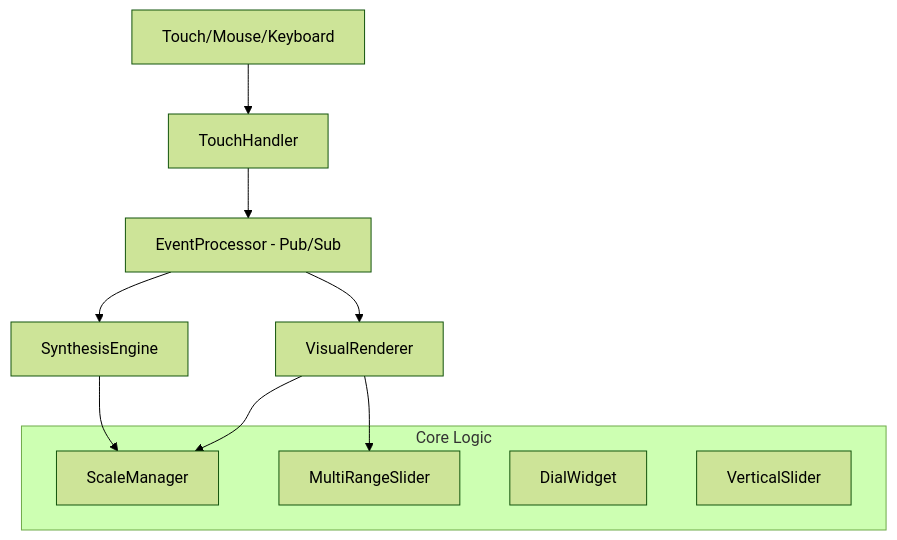
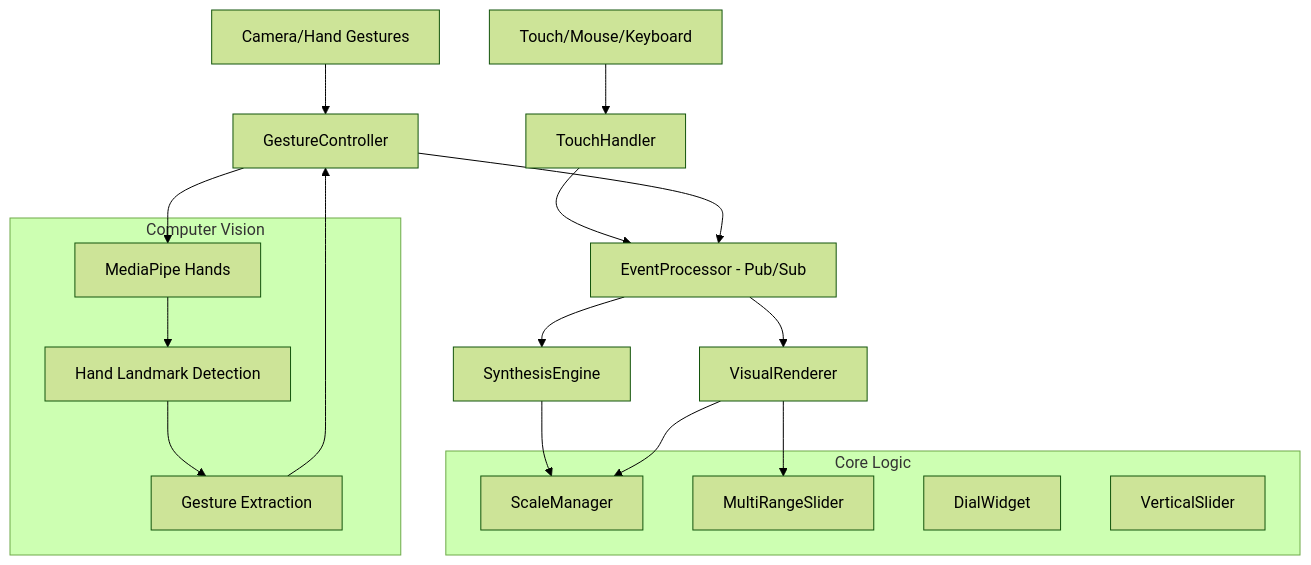
Before and after one commit to alaaosh/pentatonic: the diagram in docs/design.md, drawn with Mermaid (forest theme). The commit also changed other lines of this file and 8 other files, not shown here.

Commit message:
feat: add camera-based hand gesture control (proof of concept)

````diff
--- a/docs/design.md
+++ b/docs/design.md
@@ -13,18 +13,30 @@
 ```mermaid
 graph TB
     A[Touch/Mouse/Keyboard] --> B[TouchHandler]
+    J[Camera/Hand Gestures] --> K[GestureController]
     B --> C[EventProcessor - Pub/Sub]
+    K --> C
     C --> D[SynthesisEngine]
     C --> E[VisualRenderer]
     
     subgraph "Core Logic"
         F[ScaleManager]
         G[MultiRangeSlider]
         H[DialWidget]
         I[VerticalSlider]
     end
     
+    subgraph "Computer Vision"
+        L[MediaPipe Hands]
+        M[Hand Landmark Detection]
+        N[Gesture Extraction]
+    end
+    
     D --> F
     E --> F
     E --> G
+    K --> L
+    L --> M
+    M --> N
+    N --> K
 ```
````
